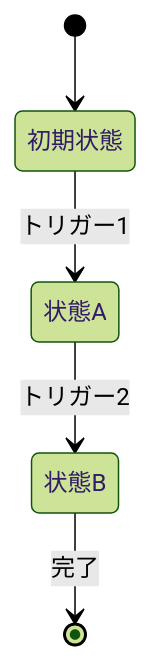
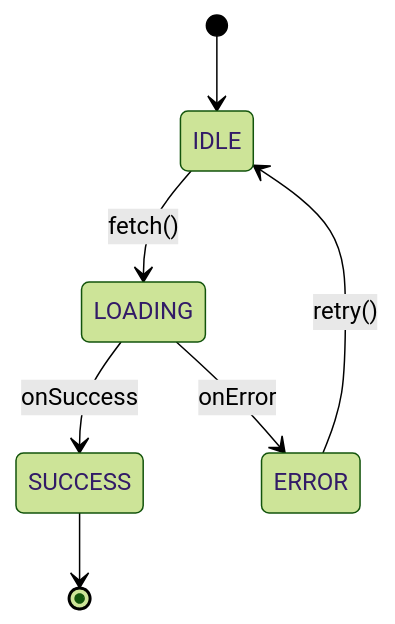
The third of 3 diagrams in claude/agents/state-machine-diagram.md (snkrheadz/laptop), drawn with Mermaid (forest theme) before and after one commit. The commit also changed other lines of this file, not shown here.

First line of the commit message:
feat: Add D2 diagram format support to state machine agent

````diff
--- a/claude/agents/state-machine-diagram.md
+++ b/claude/agents/state-machine-diagram.md
@@ -49,7 +177,9 @@
 ```mermaid
 stateDiagram-v2
-    [*] --> 初期状態
-    初期状態 --> 状態A : トリガー1
-    状態A --> 状態B : トリガー2
-    状態B --> [*] : 完了
+    [*] --> IDLE
+    IDLE --> LOADING : fetch()
+    LOADING --> SUCCESS : onSuccess
+    LOADING --> ERROR : onError
+    ERROR --> IDLE : retry()
+    SUCCESS --> [*]
 ```
````
